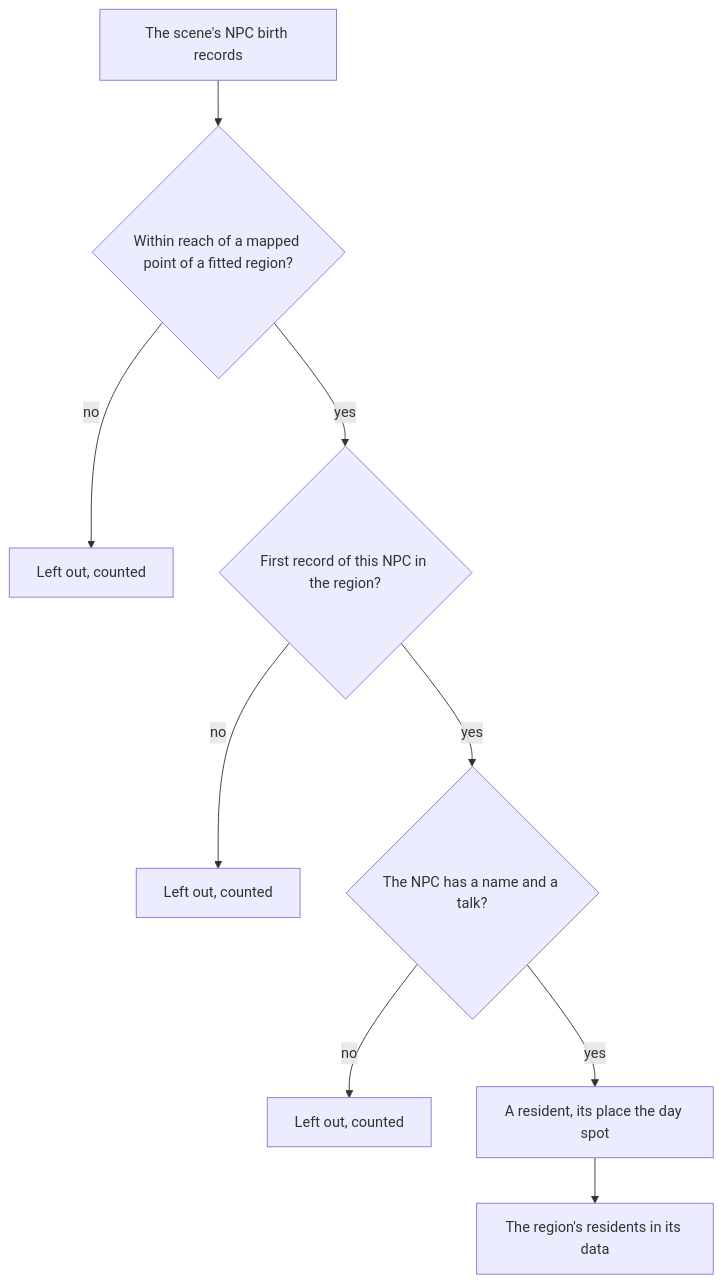
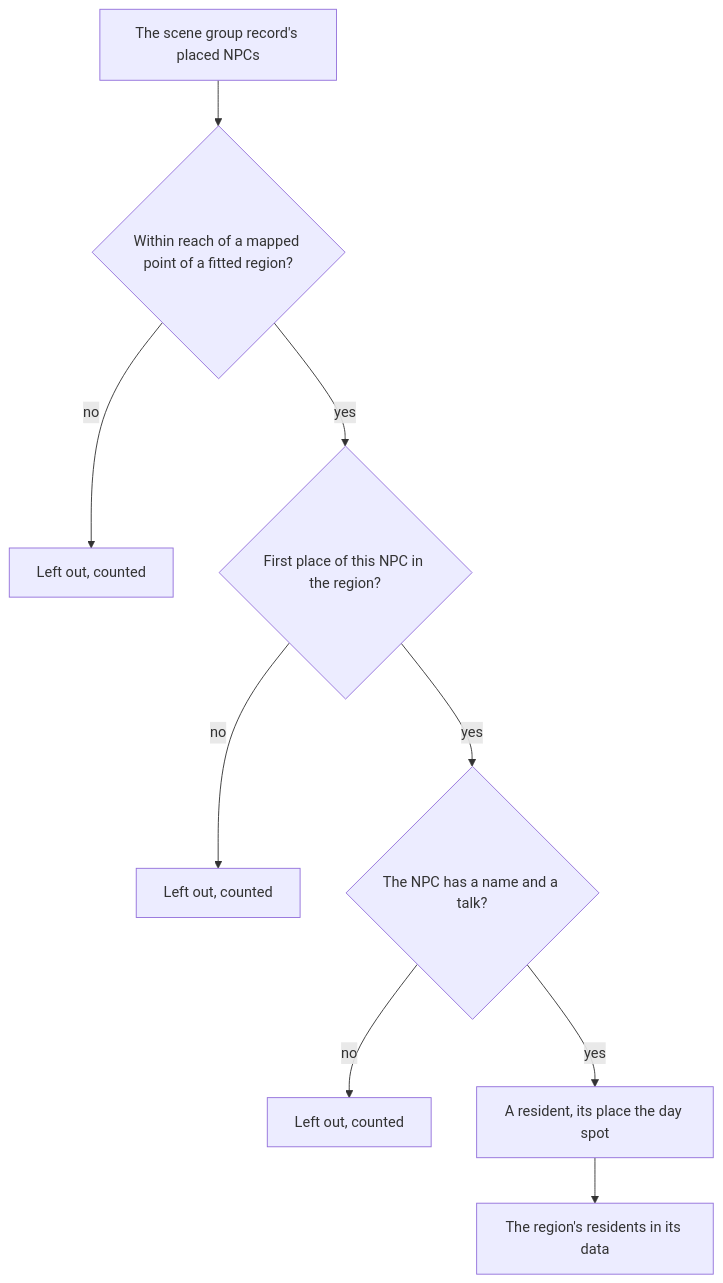
One commit to Esposter/Esposter changed the second of 2 diagrams in apps/web/content/docs/genshin/resident-schedules.md. Above: the diagram before and after it, drawn with Mermaid. The commit also changed other lines of this file and 51 other files, not shown here.

````diff
--- a/apps/web/content/docs/genshin/resident-schedules.md
+++ b/apps/web/content/docs/genshin/resident-schedules.md
@@ -35,11 +35,11 @@
 ```mermaid
 flowchart TD
-  BIRTH["The scene's NPC birth records"] --> REGION{"Within reach of a mapped point of a fitted region?"}
+  BIRTH["The scene group record's placed NPCs"] --> REGION{"Within reach of a mapped point of a fitted region?"}
   REGION -->|"no"| OUT["Left out, counted"]
-  REGION -->|"yes"| FIRST{"First record of this NPC in the region?"}
+  REGION -->|"yes"| FIRST{"First place of this NPC in the region?"}
   FIRST -->|"no"| REPEAT["Left out, counted"]
   FIRST -->|"yes"| TALK{"The NPC has a name and a talk?"}
   TALK -->|"no"| SKIP["Left out, counted"]
   TALK -->|"yes"| DAY["A resident, its place the day spot"]
   DAY --> DATA["The region's residents in its data"]
 ```
````
